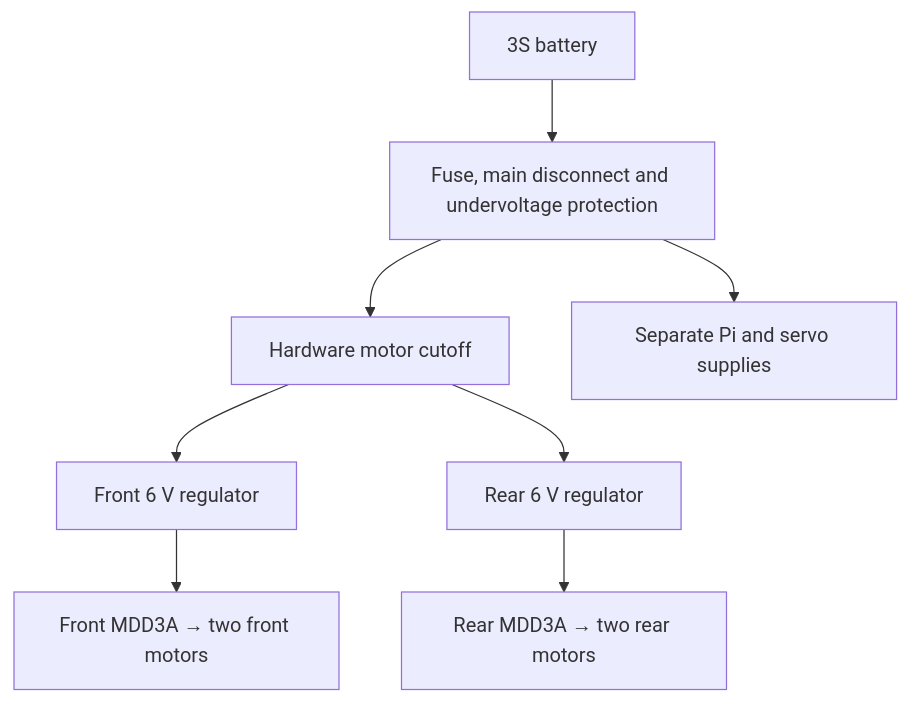
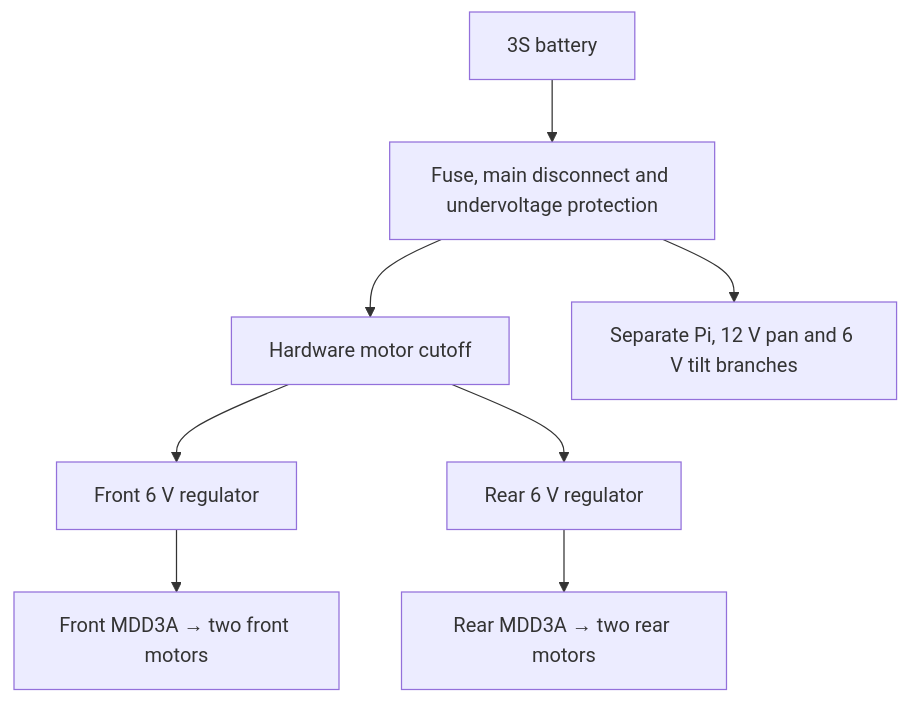
The first of 2 diagrams in README.md (Umair-Coder124/RoverBuddy-X1-verified), drawn with Mermaid before and after one commit. The commit also changed other lines of this file and 3 other files, not shown here.

````diff
--- a/README.md
+++ b/README.md
@@ -29,10 +29,10 @@
 ```mermaid
 flowchart TD
   BAT["3S battery"] --> PROT["Fuse, main disconnect and undervoltage protection"]
   PROT --> STOP["Hardware motor cutoff"]
-  PROT --> AUX["Separate Pi and servo supplies"]
+  PROT --> AUX["Separate Pi, 12 V pan and 6 V tilt branches"]
   STOP --> FRONT["Front 6 V regulator"]
   STOP --> REAR["Rear 6 V regulator"]
   FRONT --> FD["Front MDD3A → two front motors"]
   REAR --> RD["Rear MDD3A → two rear motors"]
 ```
````
